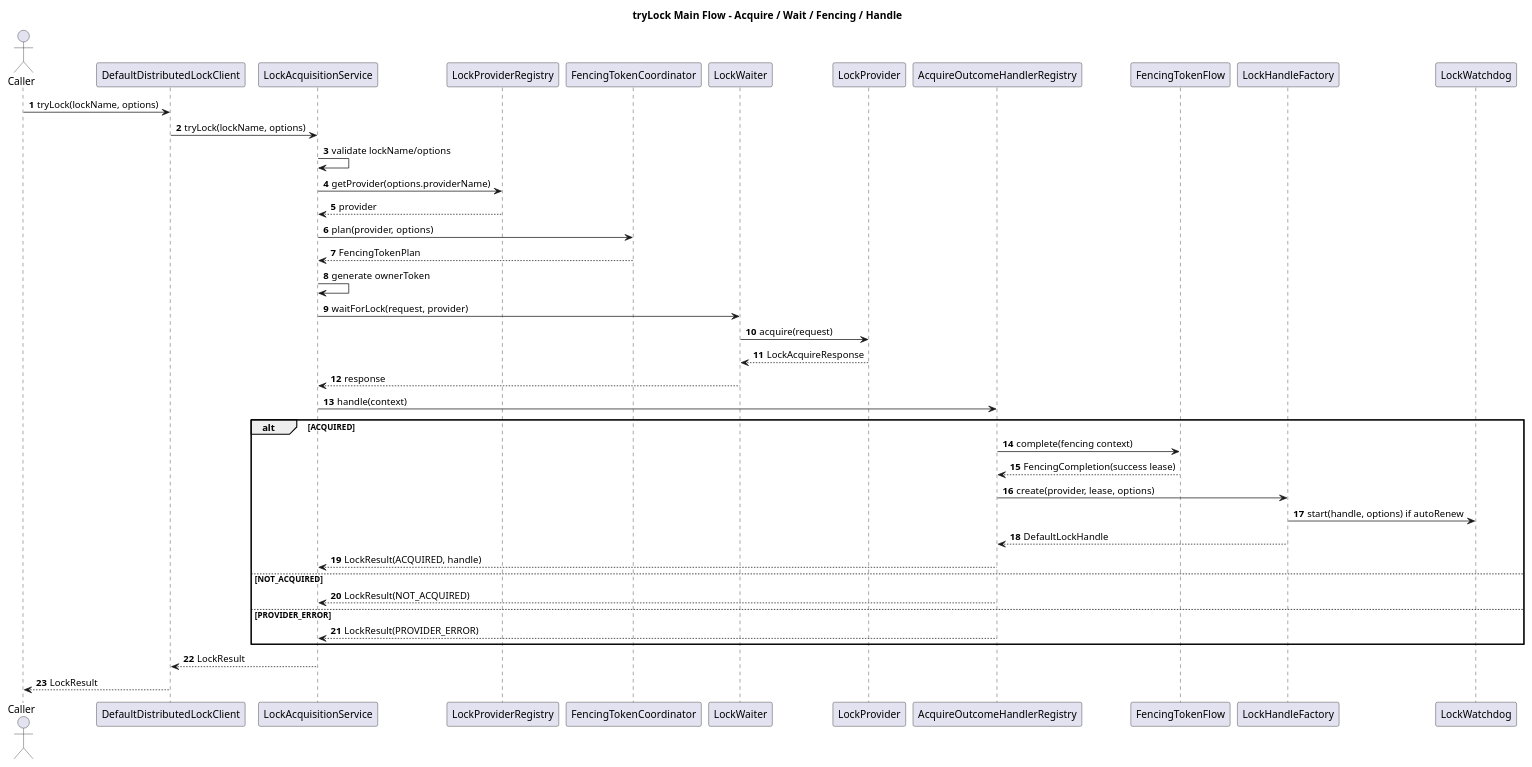
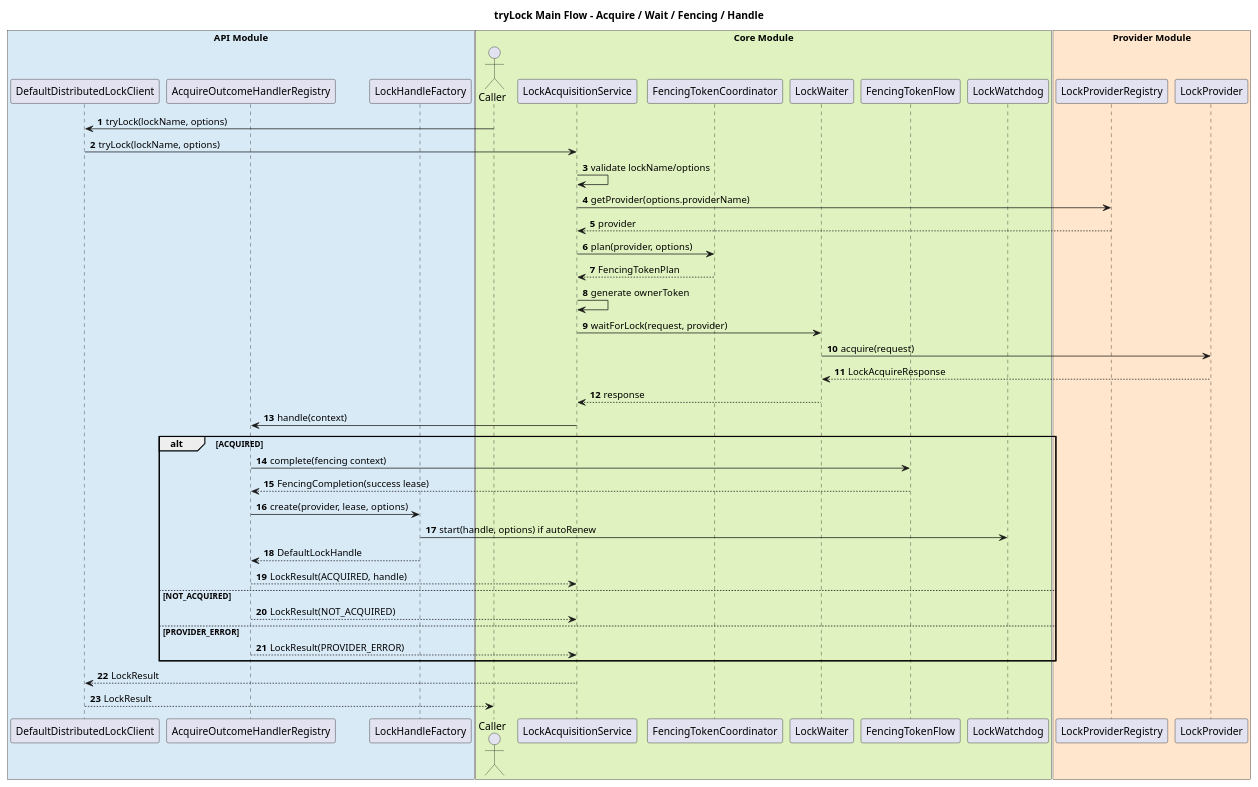
One commit to pbxjtumse/cola-web-standard changed the diagram in component/distributed-lock-component/docs/sequence/L1-main-flow/trylock-main-sequence.puml. Above: the diagram before and after it, drawn with PlantUML. The commit also changed 21 other files, not shown here.

```diff
--- a/component/distributed-lock-component/docs/sequence/L1-main-flow/trylock-main-sequence.puml
+++ b/component/distributed-lock-component/docs/sequence/L1-main-flow/trylock-main-sequence.puml
@@ -1,46 +1,56 @@
 @startuml
 title tryLock Main Flow - Acquire / Wait / Fencing / Handle
 autonumber
 skinparam shadowing false
+
+box "API Module" #D9EAF7
+participant "DefaultDistributedLockClient" as Client
+participant "AcquireOutcomeHandlerRegistry" as Outcome
+participant "LockHandleFactory" as Factory
+end box
+
+box "Core Module" #DFF2BF
 actor Caller
-participant "DefaultDistributedLockClient" as Client
 participant "LockAcquisitionService" as Acquire
-participant "LockProviderRegistry" as Registry
 participant "FencingTokenCoordinator" as Coordinator
 participant "LockWaiter" as Waiter
+participant "FencingTokenFlow" as Flow
+participant "LockWatchdog" as Watchdog
+end box
+
+box "Provider Module" #FFE6CC
+participant "LockProviderRegistry" as Registry
 participant "LockProvider" as Provider
-participant "AcquireOutcomeHandlerRegistry" as Outcome
-participant "FencingTokenFlow" as Flow
-participant "LockHandleFactory" as Factory
-participant "LockWatchdog" as Watchdog
+end box
+
 
 Caller -> Client : tryLock(lockName, options)
 Client -> Acquire : tryLock(lockName, options)
 Acquire -> Acquire : validate lockName/options
 Acquire -> Registry : getProvider(options.providerName)
 Registry --> Acquire : provider
 Acquire -> Coordinator : plan(provider, options)
 Coordinator --> Acquire : FencingTokenPlan
 Acquire -> Acquire : generate ownerToken
 Acquire -> Waiter : waitForLock(request, provider)
 Waiter -> Provider : acquire(request)
 Provider --> Waiter : LockAcquireResponse
 Waiter --> Acquire : response
 Acquire -> Outcome : handle(context)
 
 alt ACQUIRED
   Outcome -> Flow : complete(fencing context)
   Flow --> Outcome : FencingCompletion(success lease)
   Outcome -> Factory : create(provider, lease, options)
   Factory -> Watchdog : start(handle, options) if autoRenew
   Factory --> Outcome : DefaultLockHandle
   Outcome --> Acquire : LockResult(ACQUIRED, handle)
 else NOT_ACQUIRED
   Outcome --> Acquire : LockResult(NOT_ACQUIRED)
 else PROVIDER_ERROR
   Outcome --> Acquire : LockResult(PROVIDER_ERROR)
 end
 
 Acquire --> Client : LockResult
 Client --> Caller : LockResult
 @enduml
```
